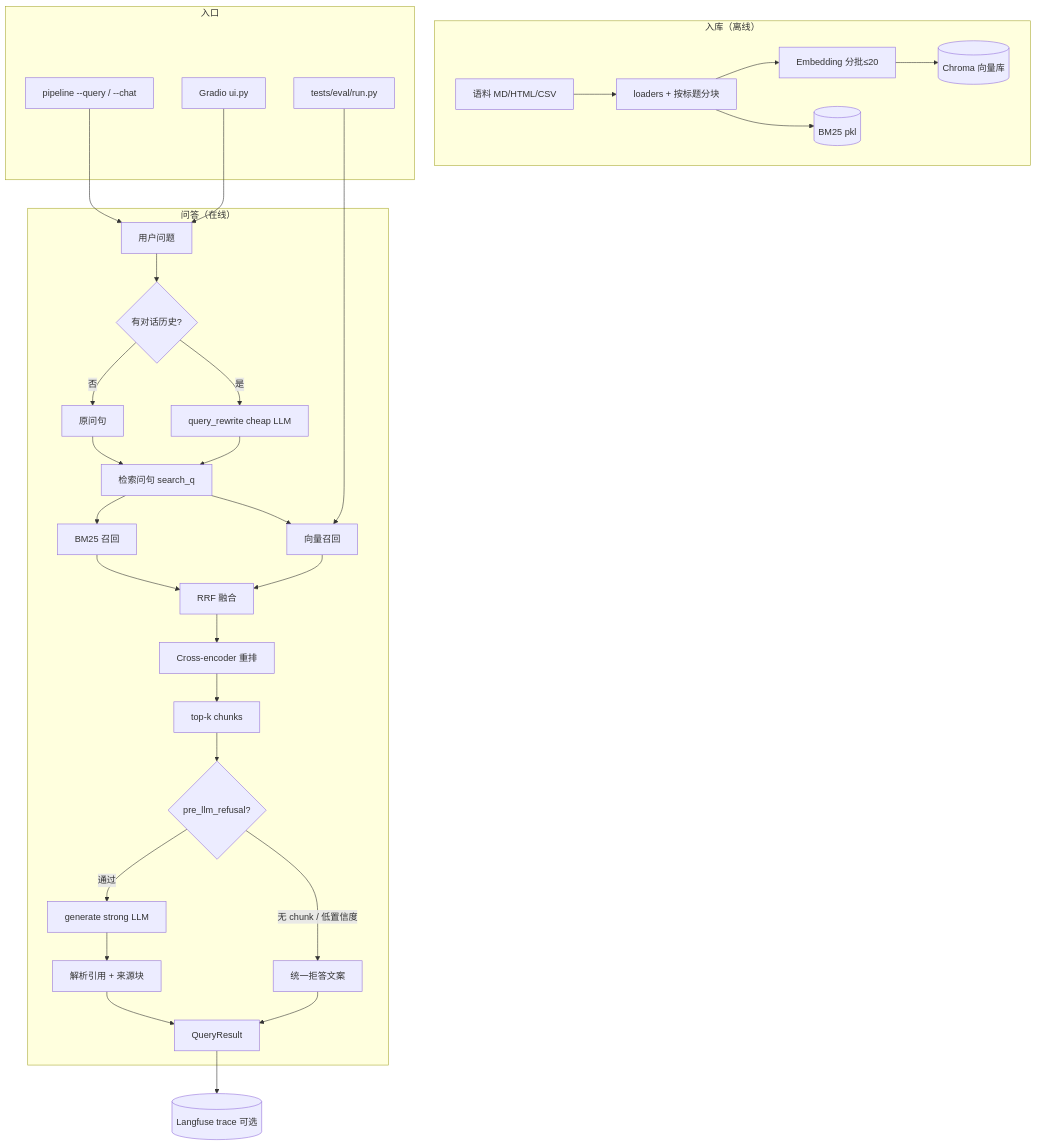
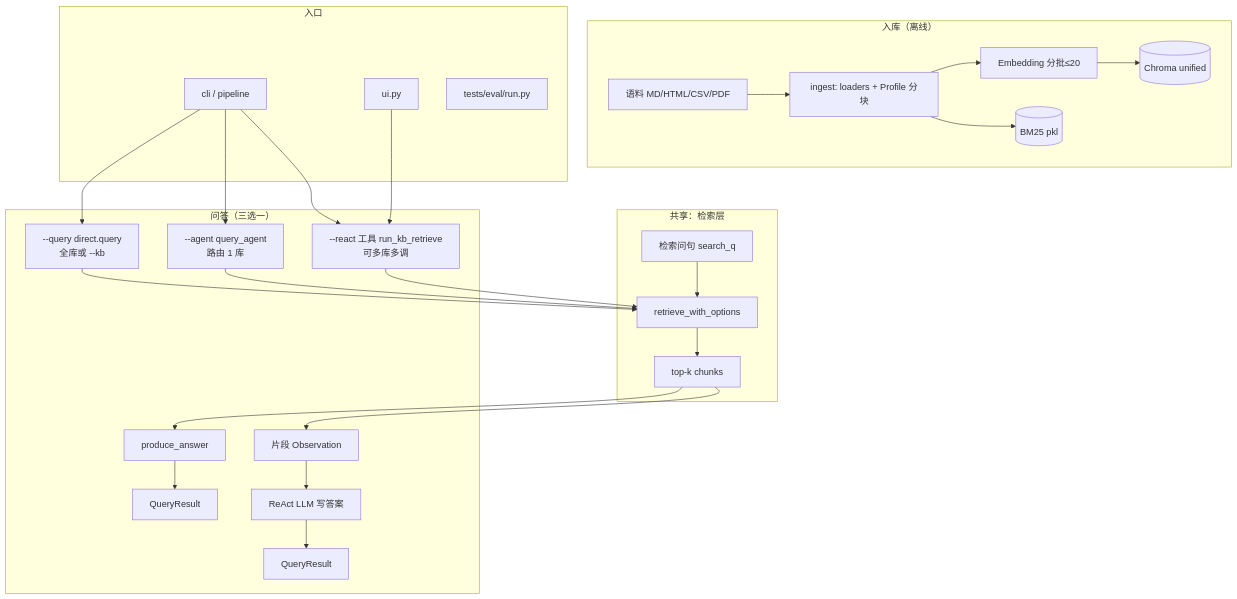
One commit to Issho-lin/rag-knowledge-assistant changed the diagram in docs/architecture.md. Above: the diagram before and after it, drawn with Mermaid. The commit also changed other lines of this file and 77 other files, not shown here.

````diff
--- a/docs/architecture.md
+++ b/docs/architecture.md
@@ -11,43 +34,34 @@
 ```mermaid
 flowchart TB
     subgraph ingest["入库（离线）"]
-        A1[语料 MD/HTML/CSV] --> A2[loaders + 按标题分块]
+        A1[语料 MD/HTML/CSV/PDF] --> A2[ingest: loaders + Profile 分块]
         A2 --> A3[Embedding 分批≤20]
-        A3 --> A4[(Chroma 向量库)]
+        A3 --> A4[(Chroma unified)]
         A2 --> A5[(BM25 pkl)]
     end
 
-    subgraph query["问答（在线）"]
-        Q[用户问题] --> H{有对话历史?}
-        H -->|是| RW[query_rewrite cheap LLM]
-        H -->|否| SQ[原问句]
-        RW --> SQ2[检索问句 search_q]
-        SQ --> SQ2
+    subgraph shared["共享：检索层"]
+        SQ[检索问句 search_q] --> RET[retrieve_with_options]
+        RET --> OUTC[top-k chunks]
+    end
 
-        SQ2 --> R1[向量召回]
-        SQ2 --> R2[BM25 召回]
-        R1 --> RRF[RRF 融合]
-        R2 --> RRF
-        RRF --> RR[Cross-encoder 重排]
-        RR --> TOPK[top-k chunks]
-
-        TOPK --> REF{pre_llm_refusal?}
-        REF -->|无 chunk / 低置信度| DENY[统一拒答文案]
-        REF -->|通过| GEN[generate strong LLM]
-        GEN --> CIT[解析引用 + 来源块]
-        DENY --> OUT[QueryResult]
-        CIT --> OUT
+    subgraph modes["问答（三选一）"]
+        M1["--query direct.query<br/>全库或 --kb"] --> RET
+        M2["--agent query_agent<br/>路由 1 库"] --> RET
+        M3["--react 工具 run_kb_retrieve<br/>可多库多调"] --> RET
+        OUTC --> PA[produce_answer]
+        PA --> QR1[QueryResult]
+        OUTC --> OBS[片段 Observation]
+        OBS --> AG[ReAct LLM 写答案]
+        AG --> QR2[QueryResult]
     end
 
     subgraph surface["入口"]
-        CLI["pipeline --query / --chat"]
-        UI[Gradio ui.py]
+        CLI["cli / pipeline"]
+        UI[ui.py]
         EV[tests/eval/run.py]
     end
 
-    CLI --> Q
-    UI --> Q
-    EV --> R1
-
-    OUT --> LF[(Langfuse trace 可选)]
+    CLI --> M1 & M2 & M3
+    UI --> M3
 ```
````
